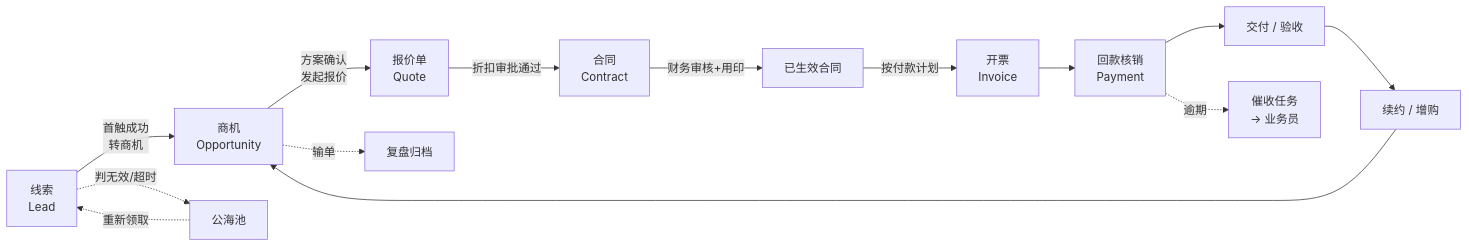
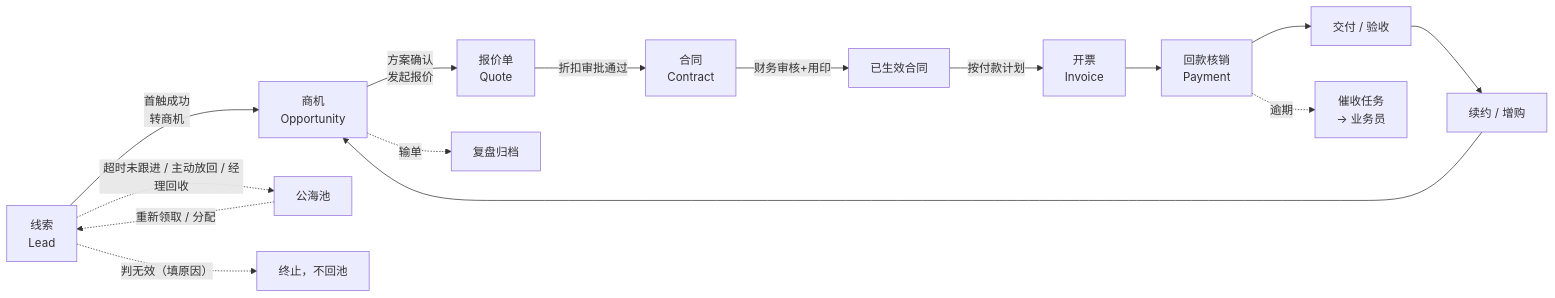
The first of 2 diagrams in docs/05-CRM全流程方案.md (ayscmy/Dazog-Consensus), drawn with Mermaid before and after one commit. The commit also changed other lines of this file and 25 other files, not shown here.

````diff
--- a/docs/05-CRM全流程方案.md
+++ b/docs/05-CRM全流程方案.md
@@ -96,17 +96,18 @@
 ```mermaid
 flowchart LR
     A["线索<br/>Lead"] -->|"首触成功<br/>转商机"| B["商机<br/>Opportunity"]
     B -->|"方案确认<br/>发起报价"| C["报价单<br/>Quote"]
     C -->|"折扣审批通过"| D["合同<br/>Contract"]
     D -->|"财务审核+用印"| E["已生效合同"]
     E -->|"按付款计划"| F["开票<br/>Invoice"]
     F --> G["回款核销<br/>Payment"]
     G --> H["交付 / 验收"]
     H --> I["续约 / 增购"]
     I --> B
 
-    A -.->|"判无效/超时"| A1["公海池"]
-    A1 -.->|"重新领取"| A
+    A -.->|"超时未跟进 / 主动放回 / 经理回收"| A1["公海池"]
+    A1 -.->|"重新领取 / 分配"| A
+    A -.->|"判无效（填原因）"| A2["终止，不回池"]
     B -.->|"输单"| B1["复盘归档"]
     G -.->|"逾期"| G1["催收任务<br/>→ 业务员"]
 ```
````
